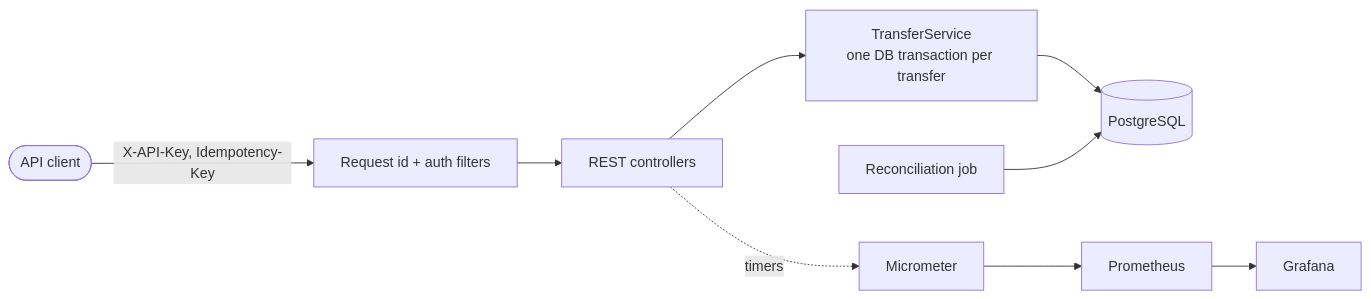
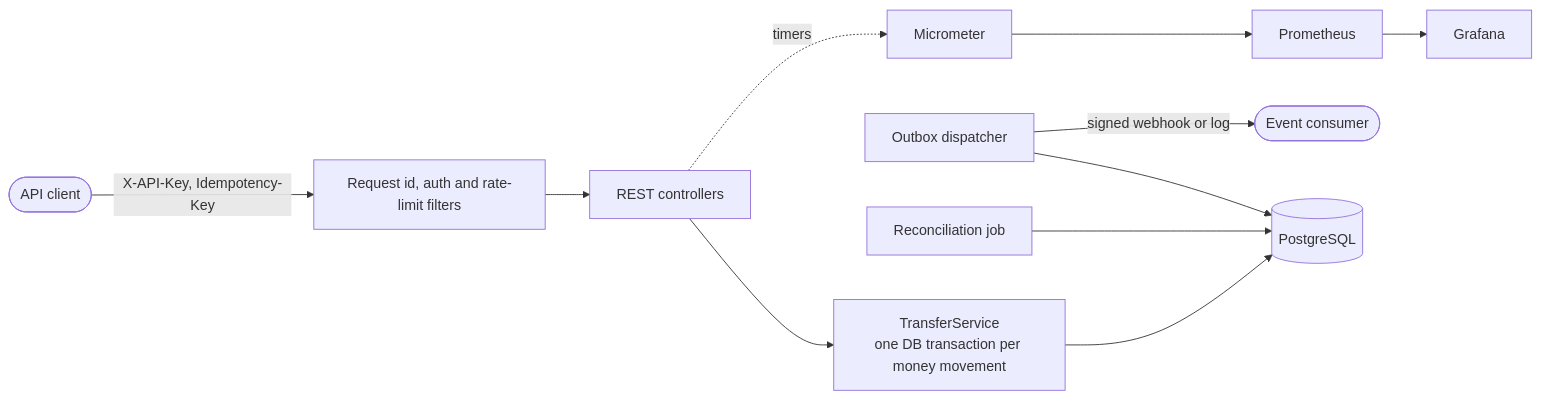
One commit to aadamaftabpersonal-boop/LedgerX changed the diagram in README.md. Above: the diagram before and after it, drawn with Mermaid. The commit also changed other lines of this file and 3 other files, not shown here.

Commit message:
docs: reversals, events, key rotation, rate limiting, architecture and benchmark notes

````diff
--- a/README.md
+++ b/README.md
@@ -147,9 +208,11 @@
 ```mermaid
 flowchart LR
-    Client([API client]) -->|X-API-Key, Idempotency-Key| Filters[Request id + auth filters]
+    Client([API client]) -->|X-API-Key, Idempotency-Key| Filters[Request id, auth and rate-limit filters]
     Filters --> Controllers[REST controllers]
-    Controllers --> Service[TransferService<br/>one DB transaction per transfer]
+    Controllers --> Service[TransferService<br/>one DB transaction per money movement]
     Service --> PG[(PostgreSQL)]
+    Dispatcher[Outbox dispatcher] --> PG
+    Dispatcher -->|signed webhook or log| Consumer([Event consumer])
     Recon[Reconciliation job] --> PG
     Controllers -. timers .-> Metrics[Micrometer] --> Prom[Prometheus] --> Grafana
 ```
````
